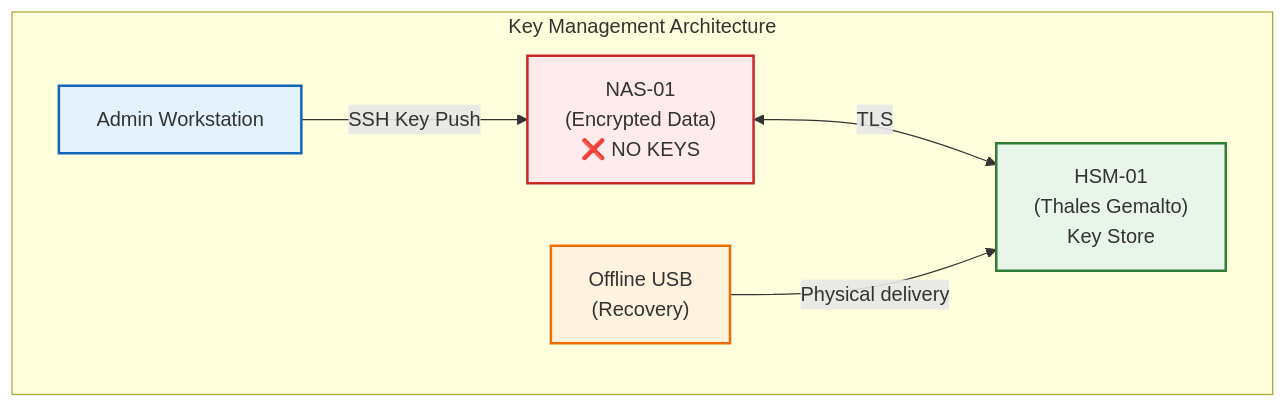
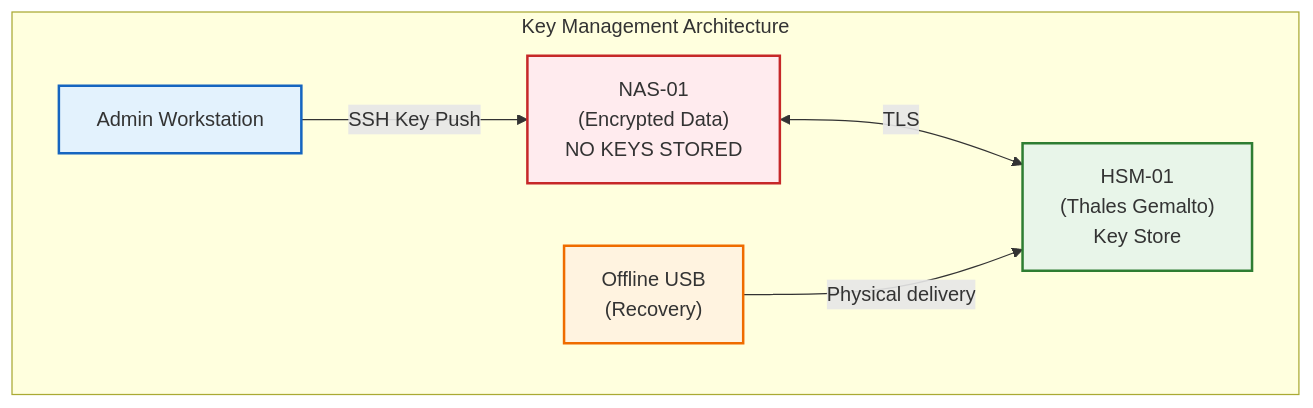
The second of 3 diagrams in blue_team/1x04_crypto_foundation/12-disk_encryption.md (sreilly1977/dlh-cyber_security), drawn with Mermaid before and after one commit.

Commit message:
Edited 12* again again again

````diff
--- a/blue_team/1x04_crypto_foundation/12-disk_encryption.md
+++ b/blue_team/1x04_crypto_foundation/12-disk_encryption.md
@@ -497,21 +497,18 @@
 ```mermaid
 flowchart TB
     subgraph "Key Management Architecture"
-        direction LR
-        
-        NAS["NAS-01<br/>(Encrypted Data)<br/>❌ NO KEYS"]
+        NAS["NAS-01<br/>(Encrypted Data)<br/>NO KEYS STORED"]
         HSM["HSM-01<br/>(Thales Gemalto)<br/>Key Store"]
-        
         Admin["Admin Workstation"]
         Recovery["Offline USB<br/>(Recovery)"]
         
         NAS <-->|TLS| HSM
         Admin -->|SSH Key Push| NAS
         Recovery -->|Physical delivery| HSM
     end
     
     style NAS fill:#ffebee,stroke:#c62828,stroke-width:2px
     style HSM fill:#e8f5e9,stroke:#2e7d32,stroke-width:2px
     style Admin fill:#e3f2fd,stroke:#1565c0,stroke-width:2px
     style Recovery fill:#fff3e0,stroke:#ef6c00,stroke-width:2px
 ```
````
